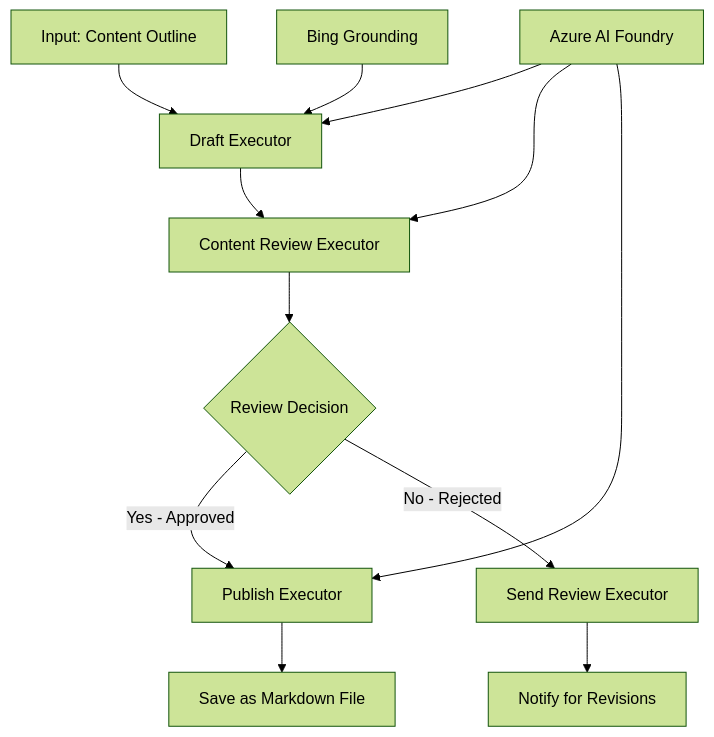
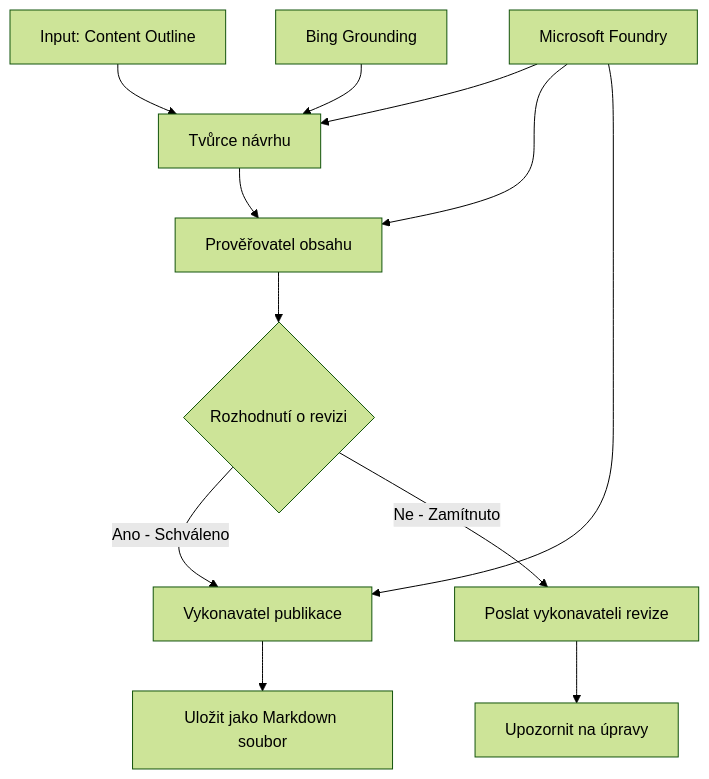
The diagram in translations/cs/08-multi-agent/code_samples/workflows-agent-framework/dotNET/04.dotnet-agent-framework-workflow-aifoundry-condition.md (microsoft/ai-agents-for-beginners), drawn with Mermaid (forest theme) before and after one commit. The commit also changed other lines of this file and 222 other files, not shown here.

````diff
--- a/translations/cs/08-multi-agent/code_samples/workflows-agent-framework/dotNET/04.dotnet-agent-framework-workflow-aifoundry-condition.md
+++ b/translations/cs/08-multi-agent/code_samples/workflows-agent-framework/dotNET/04.dotnet-agent-framework-workflow-aifoundry-condition.md
@@ -78,18 +78,18 @@
 ```mermaid
 graph TD
-    A[Input: Content Outline] --> B[Draft Executor]
-    B --> C[Content Review Executor]
-    C --> D{Review Decision}
+    A[Input: Content Outline] --> B[Tvůrce návrhu]
+    B --> C[Prověřovatel obsahu]
+    C --> D{Rozhodnutí o revizi}
     
-    D -->|Yes - Approved| E[Publish Executor]
-    D -->|No - Rejected| F[Send Review Executor]
+    D -->|Ano - Schváleno| E[Vykonavatel publikace]
+    D -->|Ne - Zamítnuto| F[Poslat vykonavateli revize]
     
-    E --> G[Save as Markdown File]
-    F --> H[Notify for Revisions]
+    E --> G[Uložit jako Markdown soubor]
+    F --> H[Upozornit na úpravy]
     
-    I[Azure AI Foundry] --> B
+    I[Microsoft Foundry] --> B
     I --> C
     I --> E
     
     J[Bing Grounding] --> B
 ```
````
